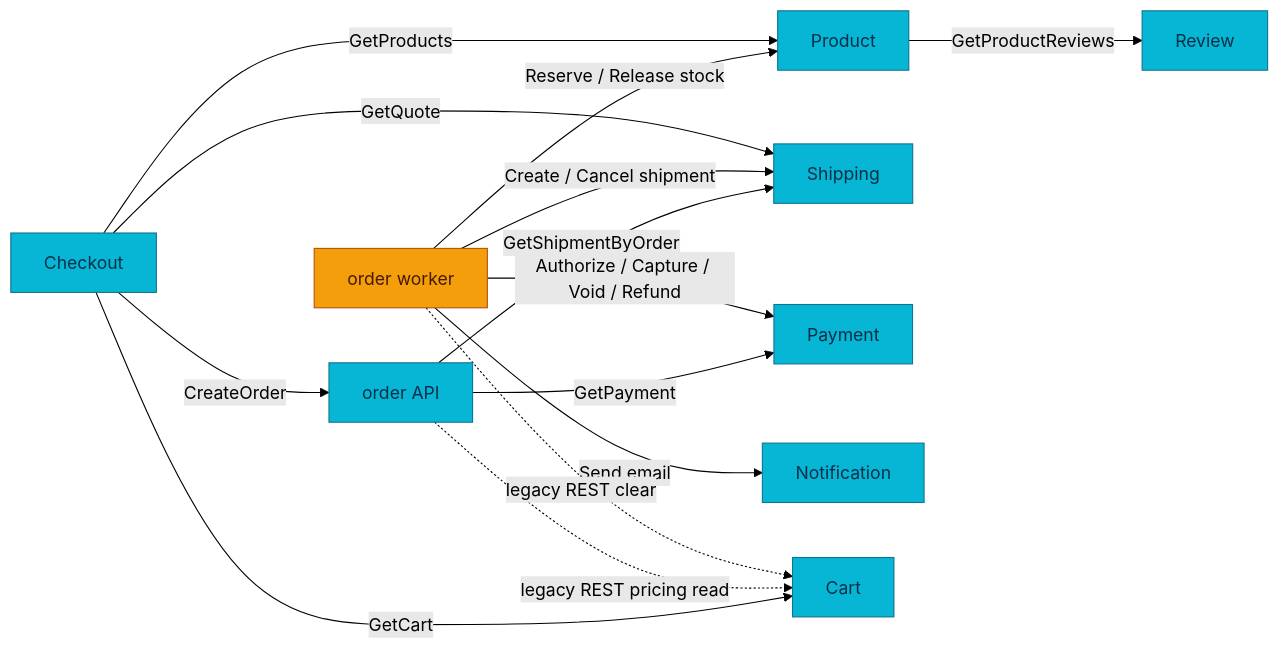
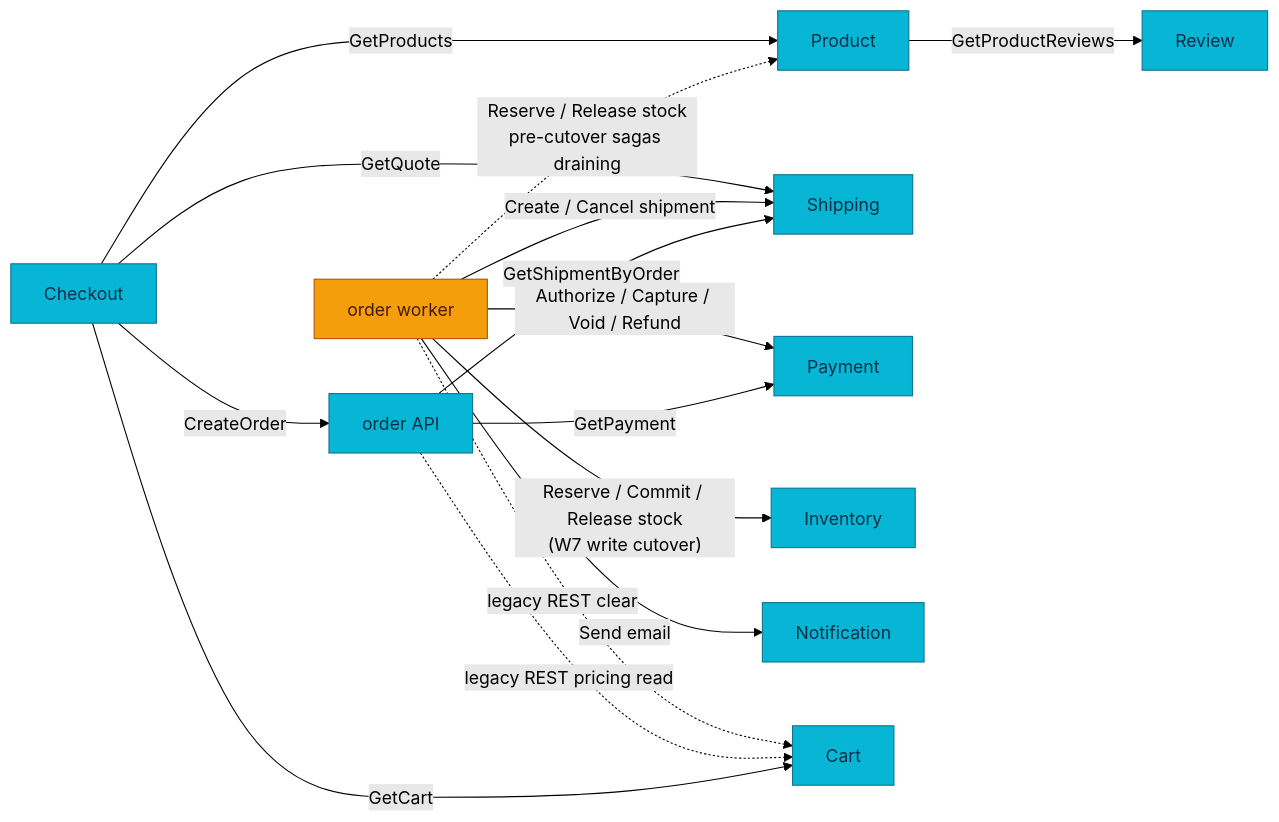
One commit to duynhlab/homelab changed the fifth of 10 diagrams in docs/api/api.md. Above: the diagram before and after it, drawn with Mermaid (forest theme). The commit also changed 5 other files, not shown here.

````diff
--- a/docs/api/api.md
+++ b/docs/api/api.md
@@ -399,21 +399,22 @@
 ```mermaid
 flowchart LR
     Product -->|"GetProductReviews"| Review
     OrderAPI["order API"] -->|"GetShipmentByOrder"| Shipping
     OrderAPI -->|"GetPayment"| Payment
-    Worker["order worker"] -->|"Reserve / Release stock"| Product
+    Worker["order worker"] -->|"Reserve / Commit / Release stock<br/>(W7 write cutover)"| Inventory
+    Worker -.->|"Reserve / Release stock<br/>pre-cutover sagas draining"| Product
     Worker -->|"Create / Cancel shipment"| Shipping
     Worker -->|"Send email"| Notification
     Worker -->|"Authorize / Capture / Void / Refund"| Payment
     Checkout -->|"GetCart"| Cart
     Checkout -->|"GetProducts"| Product
     Checkout -->|"GetQuote"| Shipping
     Checkout -->|"CreateOrder"| OrderAPI
     OrderAPI -.->|"legacy REST pricing read"| Cart
     Worker -.->|"legacy REST clear"| Cart
 
     classDef service fill:#06b6d4,color:#082f49,stroke:#0e7490;
     classDef worker fill:#f59e0b,color:#451a03,stroke:#b45309;
-    class Product,Review,OrderAPI,Shipping,Payment,Notification,Checkout,Cart service;
+    class Product,Review,OrderAPI,Shipping,Payment,Notification,Checkout,Cart,Inventory service;
     class Worker worker;
 ```
````
